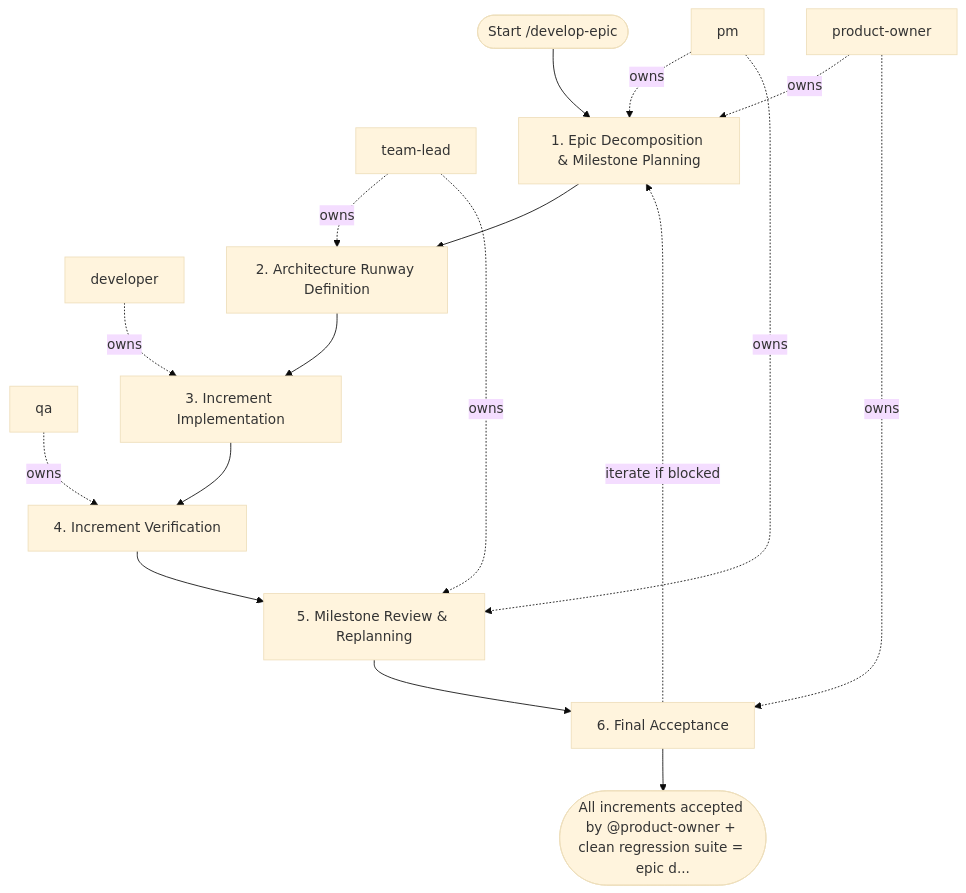
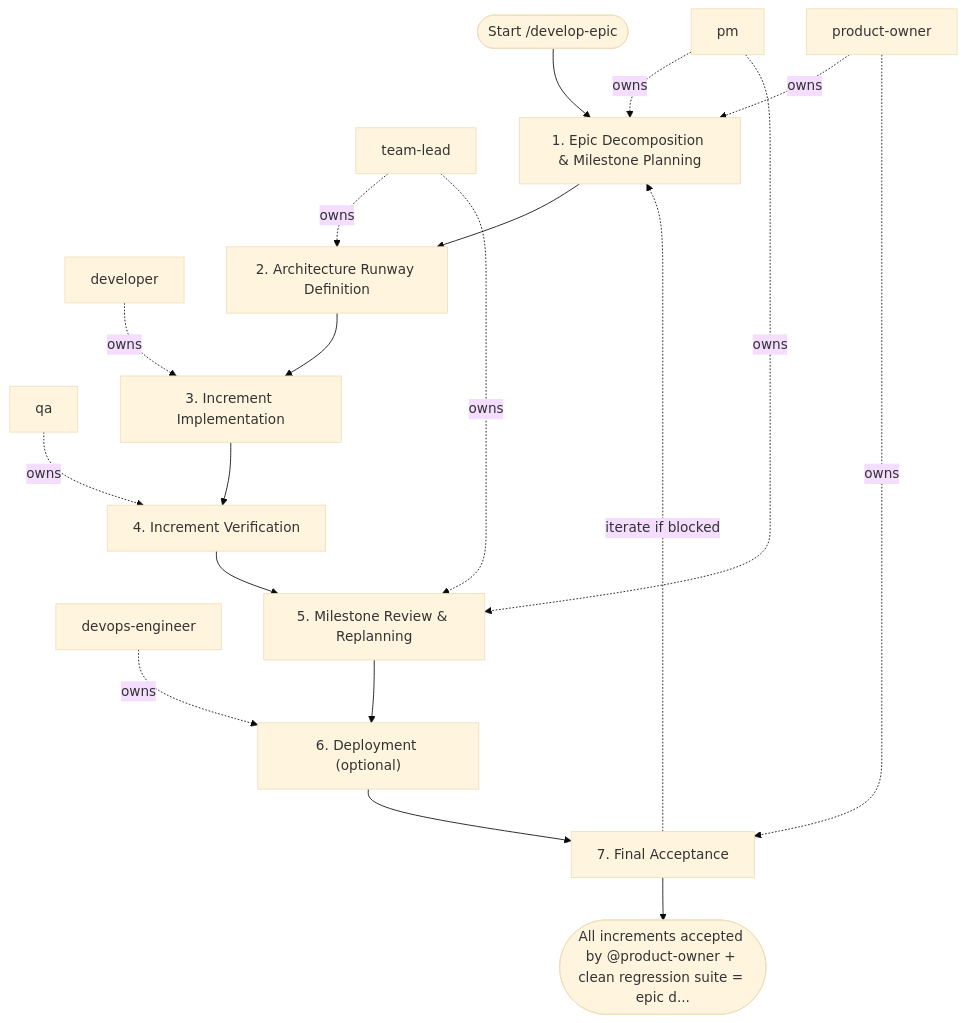
Before and after one commit to sawrus/agent-guides: the diagram in areas/software/backend/workflows/develop-epic.md, drawn with Mermaid (base theme). The commit also changed other lines of this file and 135 other files, not shown here.

````diff
--- a/areas/software/backend/workflows/develop-epic.md
+++ b/areas/software/backend/workflows/develop-epic.md
@@ -78,32 +85,36 @@
 ```mermaid
 flowchart TD
   start(["Start /develop-epic"])
   role_1["product-owner"]
   role_2["pm"]
   role_3["team-lead"]
   role_4["developer"]
   role_5["qa"]
+  role_6["devops-engineer"]
   step_1["1. Epic Decomposition & Milestone Planning"]
   step_2["2. Architecture Runway Definition"]
   step_3["3. Increment Implementation"]
   step_4["4. Increment Verification"]
   step_5["5. Milestone Review & Replanning"]
-  step_6["6. Final Acceptance"]
+  step_6["6. Deployment (optional)"]
+  step_7["7. Final Acceptance"]
   exit(["All increments accepted by @product-owner + clean regression suite = epic d..."])
   start --> step_1
   step_1 --> step_2
   step_2 --> step_3
   step_3 --> step_4
   step_4 --> step_5
   step_5 --> step_6
-  step_6 --> exit
+  step_6 --> step_7
+  step_7 --> exit
   role_1 -. owns .-> step_1
   role_2 -. owns .-> step_1
   role_3 -. owns .-> step_2
   role_4 -. owns .-> step_3
   role_5 -. owns .-> step_4
   role_2 -. owns .-> step_5
   role_3 -. owns .-> step_5
-  role_1 -. owns .-> step_6
-  step_6 -. iterate if blocked .-> step_1
+  role_6 -. owns .-> step_6
+  role_1 -. owns .-> step_7
+  step_7 -. iterate if blocked .-> step_1
 ```
````
